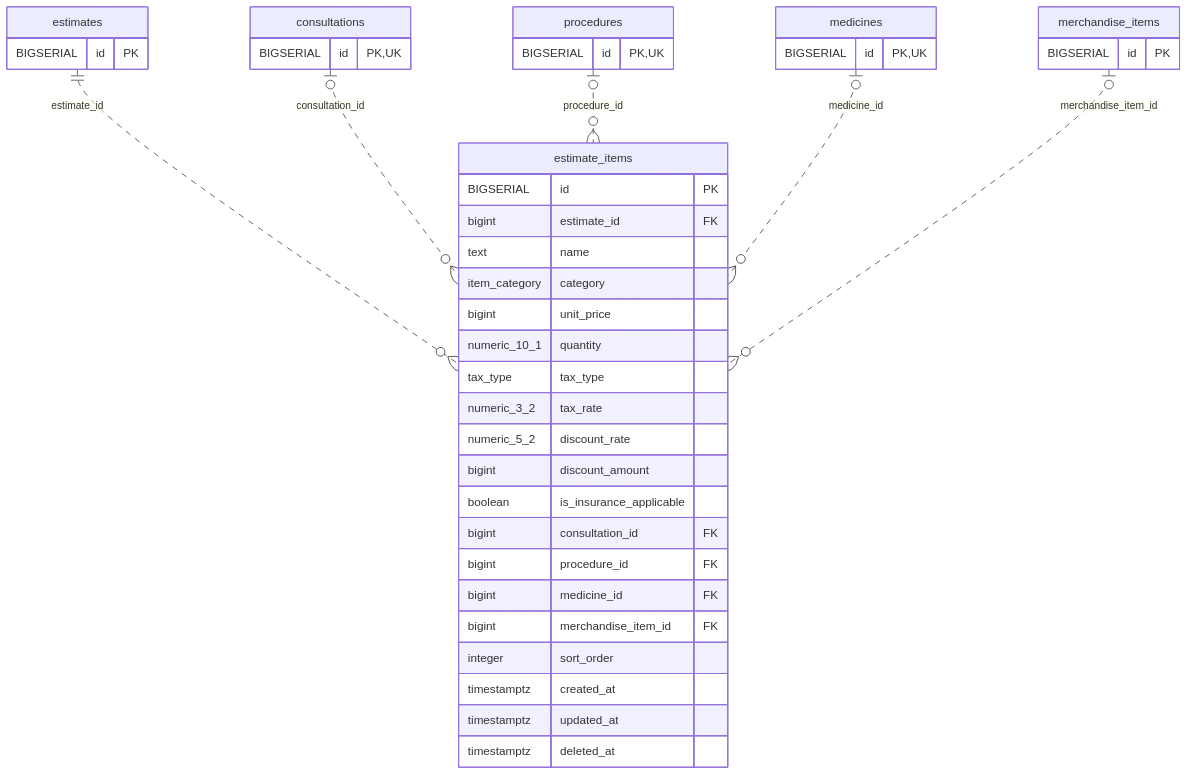
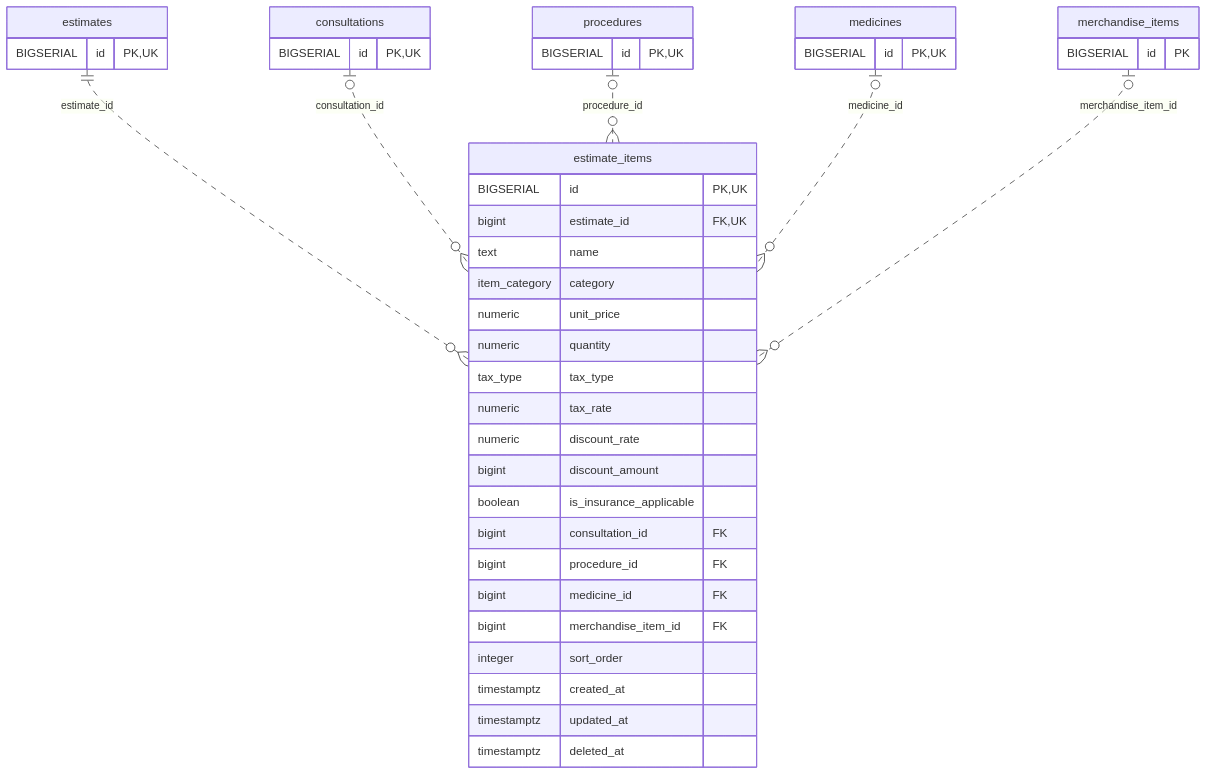
The diagram in docs/architecture/erd-detail/estimate_items.md (MinoruSoga/AnimalEkarte), drawn with Mermaid before and after one commit. The commit also changed other lines of this file and 131 other files, not shown here.

````diff
--- a/docs/architecture/erd-detail/estimate_items.md
+++ b/docs/architecture/erd-detail/estimate_items.md
@@ -42,44 +42,44 @@
 ```mermaid
 erDiagram
     estimate_items {
-        BIGSERIAL id PK
-        bigint estimate_id FK
+        BIGSERIAL id PK,UK
+        bigint estimate_id FK,UK
         text name
         item_category category
-        bigint unit_price
-        numeric_10_1 quantity
+        numeric unit_price
+        numeric quantity
         tax_type tax_type
-        numeric_3_2 tax_rate
-        numeric_5_2 discount_rate
+        numeric tax_rate
+        numeric discount_rate
         bigint discount_amount
         boolean is_insurance_applicable
         bigint consultation_id FK
         bigint procedure_id FK
         bigint medicine_id FK
         bigint merchandise_item_id FK
         integer sort_order
         timestamptz created_at
         timestamptz updated_at
         timestamptz deleted_at
     }
     consultations {
         BIGSERIAL id PK,UK
     }
     estimates {
-        BIGSERIAL id PK
+        BIGSERIAL id PK,UK
     }
     medicines {
         BIGSERIAL id PK,UK
     }
     merchandise_items {
         BIGSERIAL id PK
     }
     procedures {
         BIGSERIAL id PK,UK
     }
     estimates ||..o{ estimate_items : "estimate_id"
     consultations o|..o{ estimate_items : "consultation_id"
     procedures o|..o{ estimate_items : "procedure_id"
     medicines o|..o{ estimate_items : "medicine_id"
     merchandise_items o|..o{ estimate_items : "merchandise_item_id"
 ```
````
